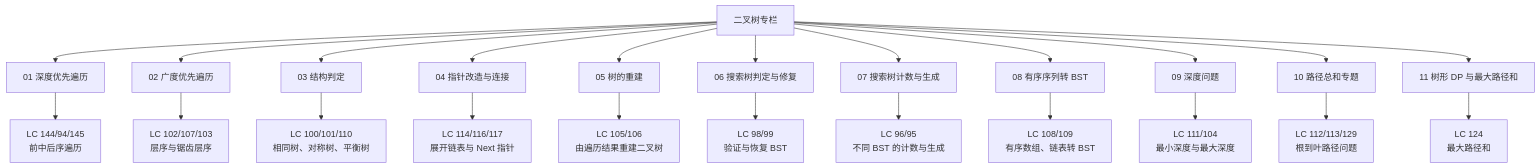
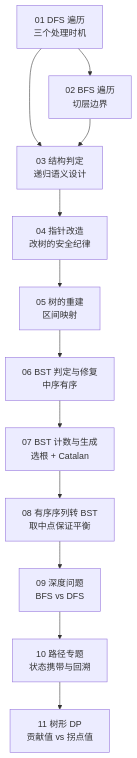
One commit to hpliStartAgain/my-brain changed the diagram in content/数据结构与算法/二叉树/00 专栏导览.md. Above: the diagram before and after it, drawn with Mermaid. The commit also changed other lines of this file and 72 other files, not shown here.

````diff
--- a/content/数据结构与算法/二叉树/00 专栏导览.md
+++ b/content/数据结构与算法/二叉树/00 专栏导览.md
@@ -72,26 +67,15 @@
 ```mermaid
-graph TD
-    A["二叉树专栏"] --> B["01 深度优先遍历"]
-    A --> C["02 广度优先遍历"]
-    A --> D["03 结构判定"]
-    A --> E["04 指针改造与连接"]
-    A --> F["05 树的重建"]
-    A --> G["06 搜索树判定与修复"]
-    A --> H["07 搜索树计数与生成"]
-    A --> I["08 有序序列转 BST"]
-    A --> J["09 深度问题"]
-    A --> K["10 路径总和专题"]
-    A --> L["11 树形 DP 与最大路径和"]
-
-    B --> B1["LC 144/94/145<br/>前中后序遍历"]
-    C --> C1["LC 102/107/103<br/>层序与锯齿层序"]
-    D --> D1["LC 100/101/110<br/>相同树、对称树、平衡树"]
-    E --> E1["LC 114/116/117<br/>展开链表与 Next 指针"]
-    F --> F1["LC 105/106<br/>由遍历结果重建二叉树"]
-    G --> G1["LC 98/99<br/>验证与恢复 BST"]
-    H --> H1["LC 96/95<br/>不同 BST 的计数与生成"]
-    I --> I1["LC 108/109<br/>有序数组、链表转 BST"]
-    J --> J1["LC 111/104<br/>最小深度与最大深度"]
-    K --> K1["LC 112/113/129<br/>根到叶路径问题"]
-    L --> L1["LC 124<br/>最大路径和"]
+%%{init: {'theme': 'dracula'}}%%
+flowchart TD
+    A["01 DFS 遍历<br/>三个处理时机"] --> B["02 BFS 遍历<br/>切层边界"]
+    A --> C["03 结构判定<br/>递归语义设计"]
+    B --> C
+    C --> D["04 指针改造<br/>改树的安全纪律"]
+    D --> E["05 树的重建<br/>区间映射"]
+    E --> F["06 BST 判定与修复<br/>中序有序"]
+    F --> G["07 BST 计数与生成<br/>选根 + Catalan"]
+    G --> H["08 有序序列转 BST<br/>取中点保证平衡"]
+    H --> I["09 深度问题<br/>BFS vs DFS"]
+    I --> J["10 路径专题<br/>状态携带与回溯"]
+    J --> K["11 树形 DP<br/>贡献值 vs 拐点值"]
 ```
````
